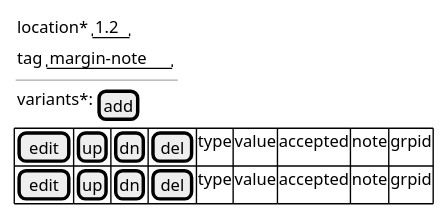
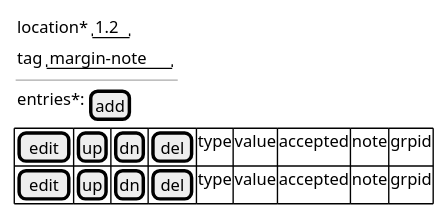
One commit to vedph/mqdq_mqutil changed the first of 2 diagrams in doc/apparatus.md. Above: the diagram before and after it, drawn with PlantUML. The commit also changed other lines of this file and 2 other files, not shown here.

````diff
--- a/doc/apparatus.md
+++ b/doc/apparatus.md
@@ -141,17 +141,17 @@
 ```plantuml
 @startuml
 salt
 {
     {
     { location* | "1.2" }
     { tag | "margin-note" }
     ---
-    { variants*: | [add] }
+    { entries*: | [add] }
     }
     {#
     [edit] | [up] | [dn] | [del] | type | value | accepted | note | grpid
     [edit] | [up] | [dn] | [del] | type | value | accepted | note | grpid
     }
 }
 @enduml
 ```
````
